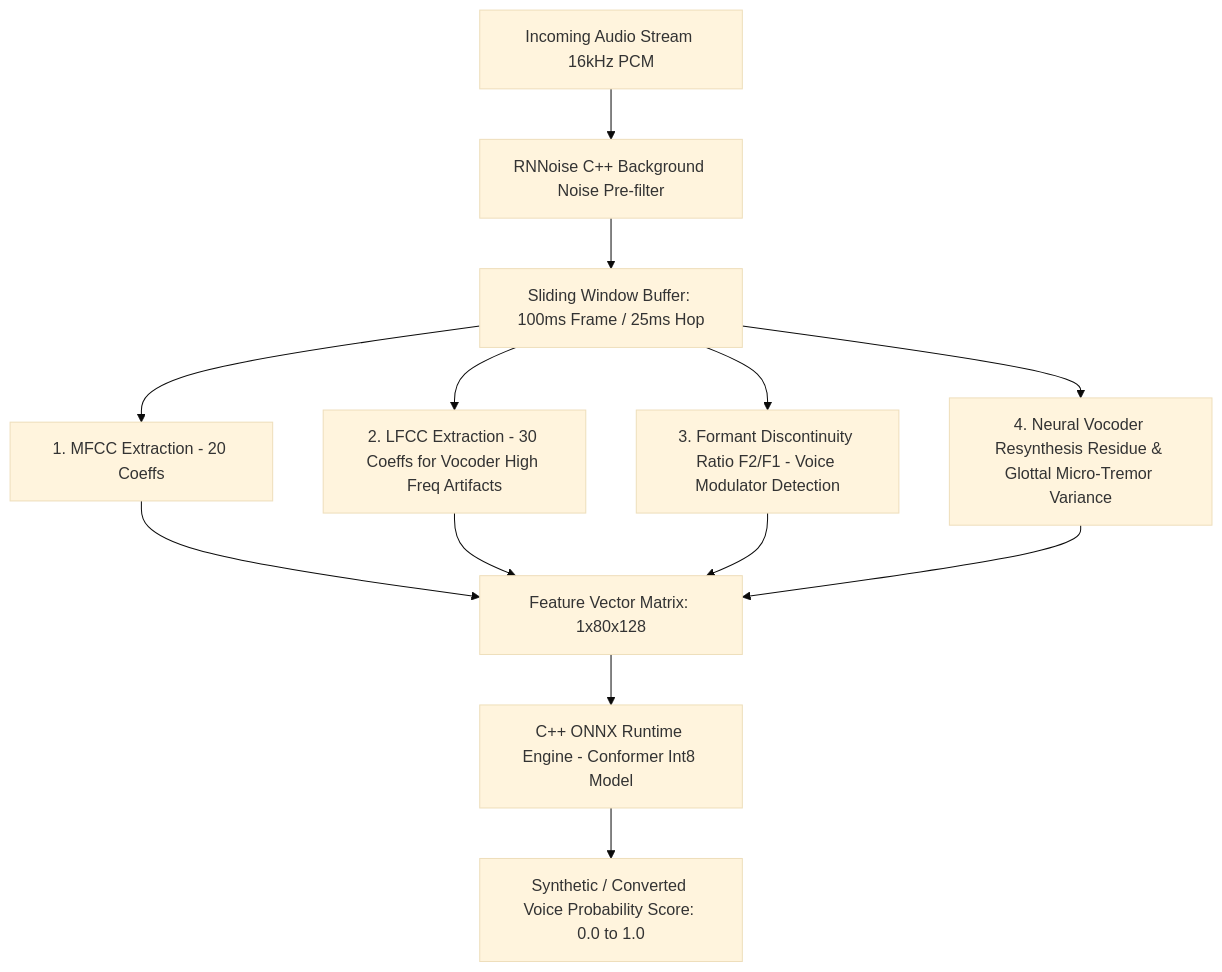
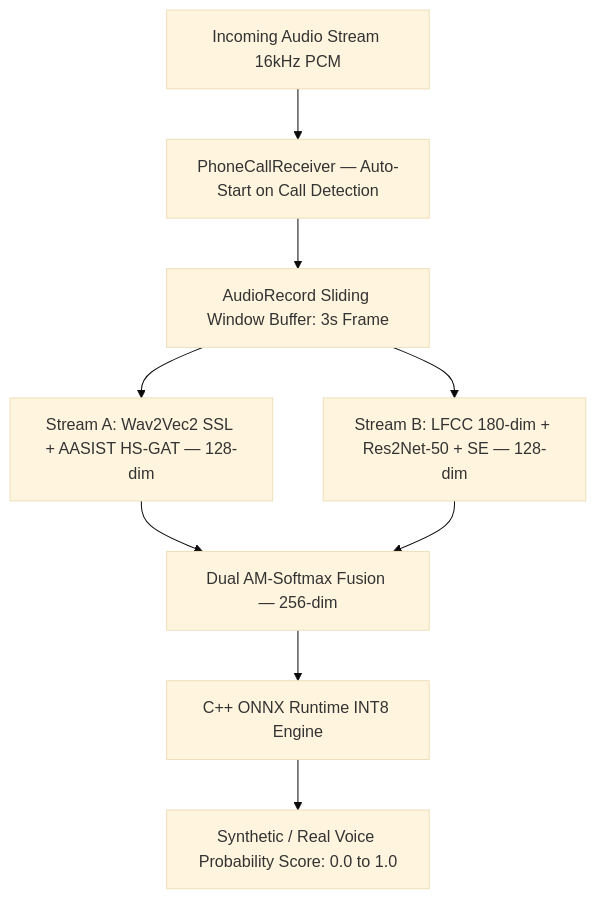
The second of 2 diagrams in docs/SWARVED_AI_ZERO_TO_SUBMISSION_MASTER_PLAN.md (Mehatva/swarved-ai), drawn with Mermaid (base theme) before and after one commit. The commit also changed other lines of this file and 26 other files, not shown here.

Commit message:
Final SIH 2026 Submission: Dual-Stream ONNX integration, Call Receiver auto-start, Backend config centralized, and documentation aligned

````diff
--- a/docs/SWARVED_AI_ZERO_TO_SUBMISSION_MASTER_PLAN.md
+++ b/docs/SWARVED_AI_ZERO_TO_SUBMISSION_MASTER_PLAN.md
@@ -110,12 +110,10 @@
 ```mermaid
 graph TD
-    A[Incoming Audio Stream 16kHz PCM] --> B[RNNoise C++ Background Noise Pre-filter]
-    B --> C[Sliding Window Buffer: 100ms Frame / 25ms Hop]
-    C --> D1[1. MFCC Extraction - 20 Coeffs]
-    C --> D2[2. LFCC Extraction - 30 Coeffs for Vocoder High Freq Artifacts]
-    C --> D3[3. Formant Discontinuity Ratio F2/F1 - Voice Modulator Detection]
-    C --> D4[4. Neural Vocoder Resynthesis Residue & Glottal Micro-Tremor Variance]
-    D1 & D2 & D3 & D4 --> E[Feature Vector Matrix: 1x80x128]
-    E --> F[C++ ONNX Runtime Engine - Conformer Int8 Model]
-    F --> G[Synthetic / Converted Voice Probability Score: 0.0 to 1.0]
+    A[Incoming Audio Stream 16kHz PCM] --> B[PhoneCallReceiver — Auto-Start on Call Detection]
+    B --> C[AudioRecord Sliding Window Buffer: 3s Frame]
+    C --> D1[Stream A: Wav2Vec2 SSL + AASIST HS-GAT — 128-dim]
+    C --> D2[Stream B: LFCC 180-dim + Res2Net-50 + SE — 128-dim]
+    D1 & D2 --> E[Dual AM-Softmax Fusion — 256-dim]
+    E --> F[C++ ONNX Runtime INT8 Engine]
+    F --> G[Synthetic / Real Voice Probability Score: 0.0 to 1.0]
 ```
````
